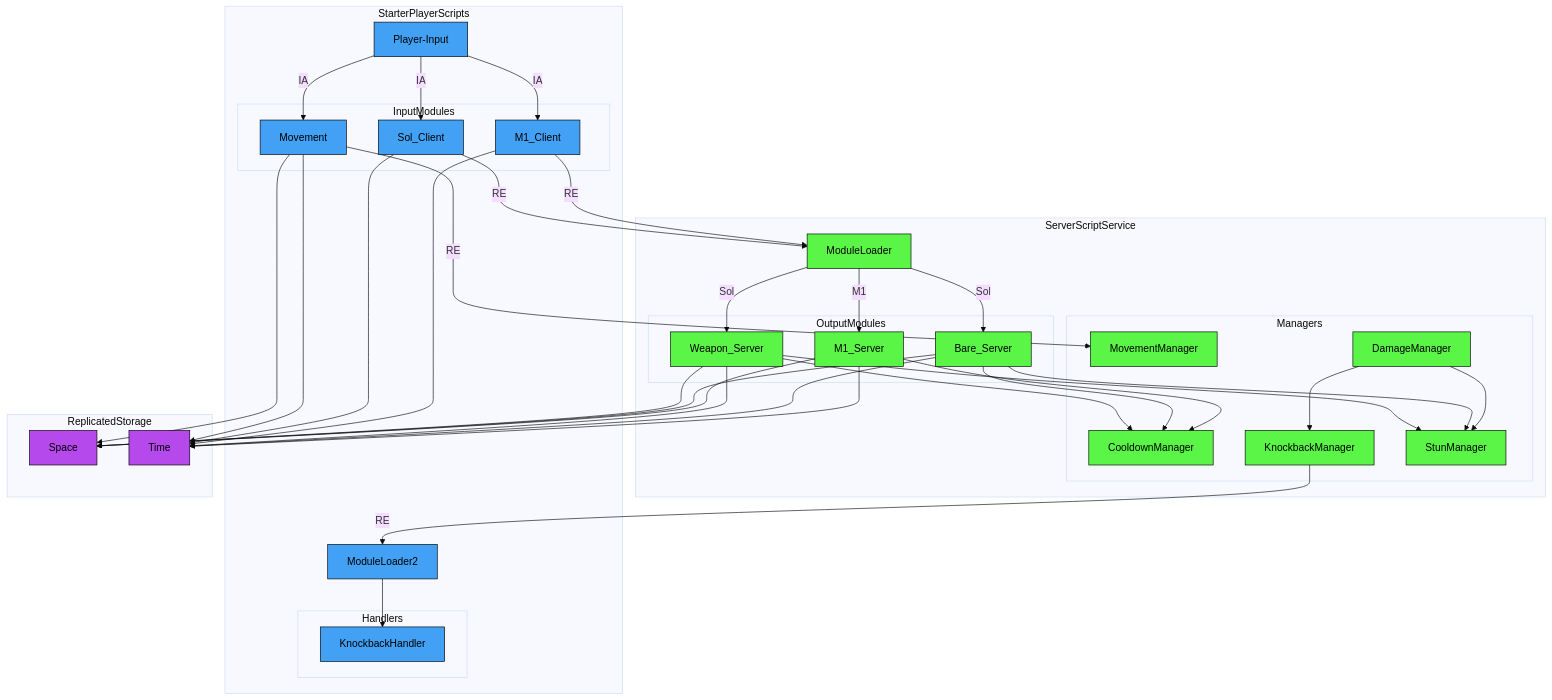
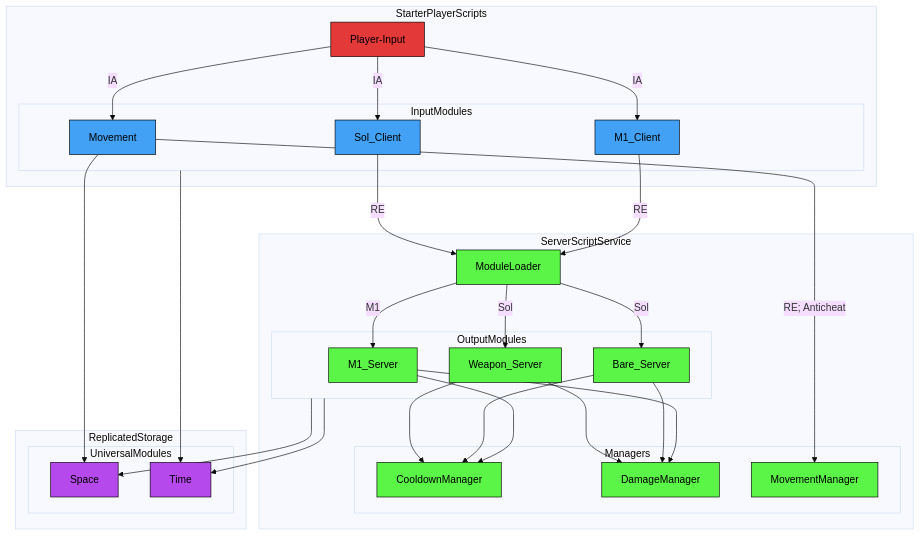
Before and after one commit to altair5607249/Crusaders-Game: the third of 6 diagrams in docs/diagrams.md, drawn with Mermaid (base theme). The commit also changed other lines of this file, not shown here.

````diff
--- a/docs/diagrams.md
+++ b/docs/diagrams.md
@@ -59,17 +118,12 @@
 ```mermaid
 flowchart TB;
 
+  classDef eventNode fill:#e33939,stroke:#000000,color:#000000
   classDef serverNode fill:#5bf547,stroke:#000000,color:#000000
   classDef clientNode fill:#42a1f5,stroke:#000000,color:#000000
   classDef universalNode fill:#b549eb,stroke:#000000,color:#000000
 
   subgraph StarterPlayerScripts
-    subgraph Handlers
-      KnockbackHandler;
-    end
-
-    ModuleLoader2-->KnockbackHandler;
-  
     subgraph InputModules
       M1_Client;
       Sol_Client;
@@ -83,16 +137,13 @@
 
   M1_Client-->|RE| ModuleLoader;
   Sol_Client-->|RE| ModuleLoader;
-  Movement-->|RE| MovementManager;
+  Movement
 
   subgraph ServerScriptService
     ModuleLoader;
 
     subgraph Managers
       CooldownManager;
-      KnockbackManager;
-      MovementManager;
-      StunManager;
     end
 
     subgraph OutputModules
@@ -103,6 +154,7 @@
   
     subgraph Managers
       DamageManager;
+      MovementManager;
     end
   
     ModuleLoader-->|M1| M1_Server
@@ -110,33 +162,30 @@
     ModuleLoader-->|Sol| Weapon_Server
   end
 
-  DamageManager-->KnockbackManager-->|RE| ModuleLoader2;
-  DamageManager-->StunManager;
-
   subgraph ReplicatedStorage
-    Space;
-    Time;
+    subgraph UniversalModules
+      Space;
+      Time;
+    end
   end
 
-  M1_Server-->Space;
-  M1_Server-->Time;  
-  Bare_Server-->Space;
-  Bare_Server-->Time;
-  Weapon_Server-->Space;
-  Weapon_Server-->Time;
+  OutputModules-->Space;
+  OutputModules-->Time;
 
   M1_Server-->CooldownManager;
   Bare_Server-->CooldownManager;
-  Bare_Server-->StunManager;
   Weapon_Server-->CooldownManager;
-  Weapon_Server-->StunManager;
 
-  M1_Client-->Time;
-  Sol_Client-->Time;
+  M1_Server-->DamageManager;
+  Bare_Server-->DamageManager;
+  Weapon_Server-->DamageManager;
+
+  InputModules-->Time;
   Movement-->Space;
-  Movement-->Time;
+  Movement-->|RE; Anticheat| MovementManager;
 
-  class ModuleLoader,M1_Server,Bare_Server,Weapon_Server,MovementManager,DamageManager,KnockbackManager,StunManager,CooldownManager serverNode;
-  class ModuleLoader2,Player-Input,M1_Client,Sol_Client,Movement,KnockbackHandler clientNode;
+  class Player-Input eventNode;
+  class ModuleLoader,M1_Server,Bare_Server,Weapon_Server,DamageManager,CooldownManager,MovementManager serverNode;
+  class ModuleLoader2,M1_Client,Sol_Client,Movement,KnockbackHandler clientNode;
   class Space,Time universalNode;
 ```
````
